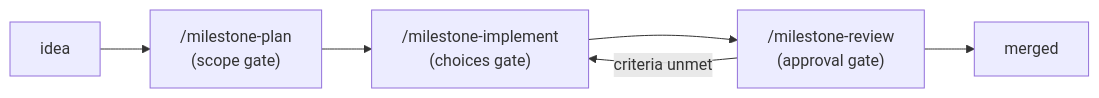
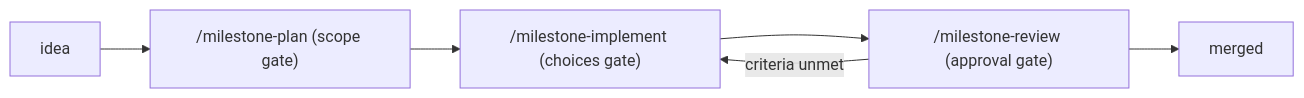
Before and after one commit to jmgirard/cairn: the diagram in README.md, drawn with Mermaid. The commit also changed 1 other file, not shown here.

Commit message:
M150 review: drop the unobserved <br> form for plain in-label gates

````diff
--- a/README.md
+++ b/README.md
@@ -77,8 +77,8 @@
 ```mermaid
 flowchart LR
-    idea["idea"] --> plan["/milestone-plan<br>(scope gate)"]
-    plan --> implement["/milestone-implement<br>(choices gate)"]
-    implement --> review["/milestone-review<br>(approval gate)"]
+    idea["idea"] --> plan["/milestone-plan (scope gate)"]
+    plan --> implement["/milestone-implement (choices gate)"]
+    implement --> review["/milestone-review (approval gate)"]
     review --> merged["merged"]
     review -->|criteria unmet| implement
 ```
````
